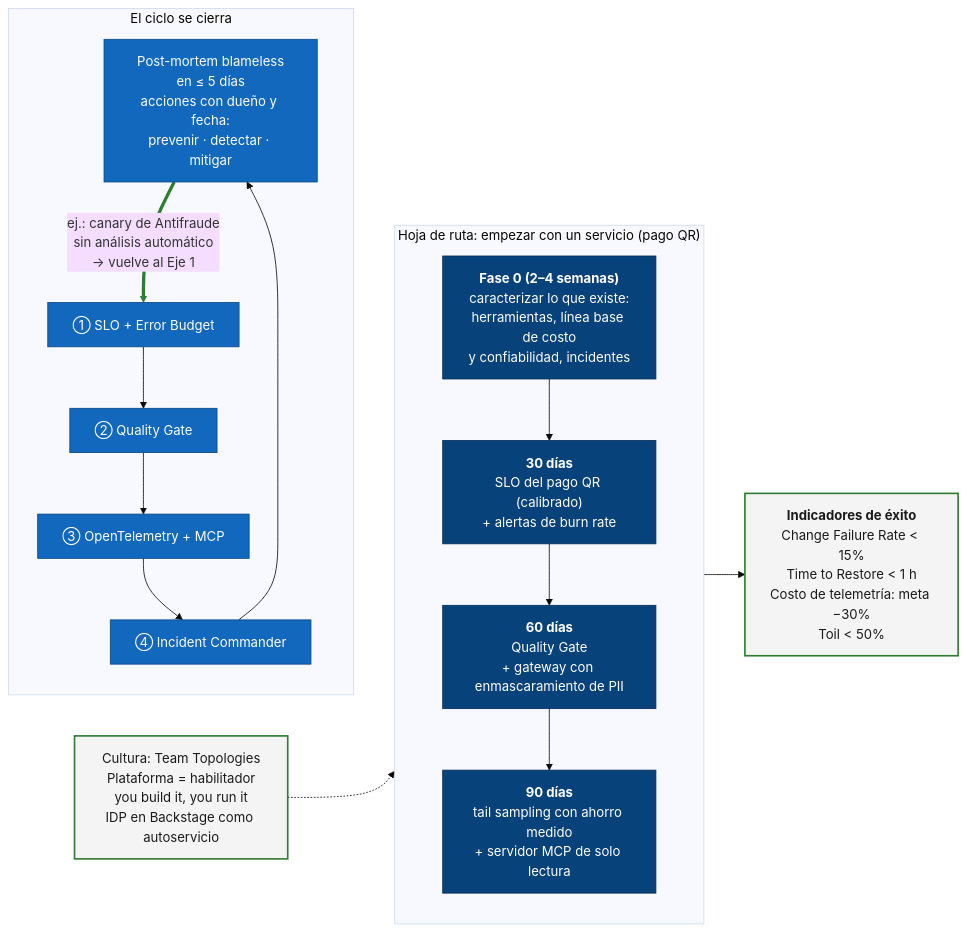
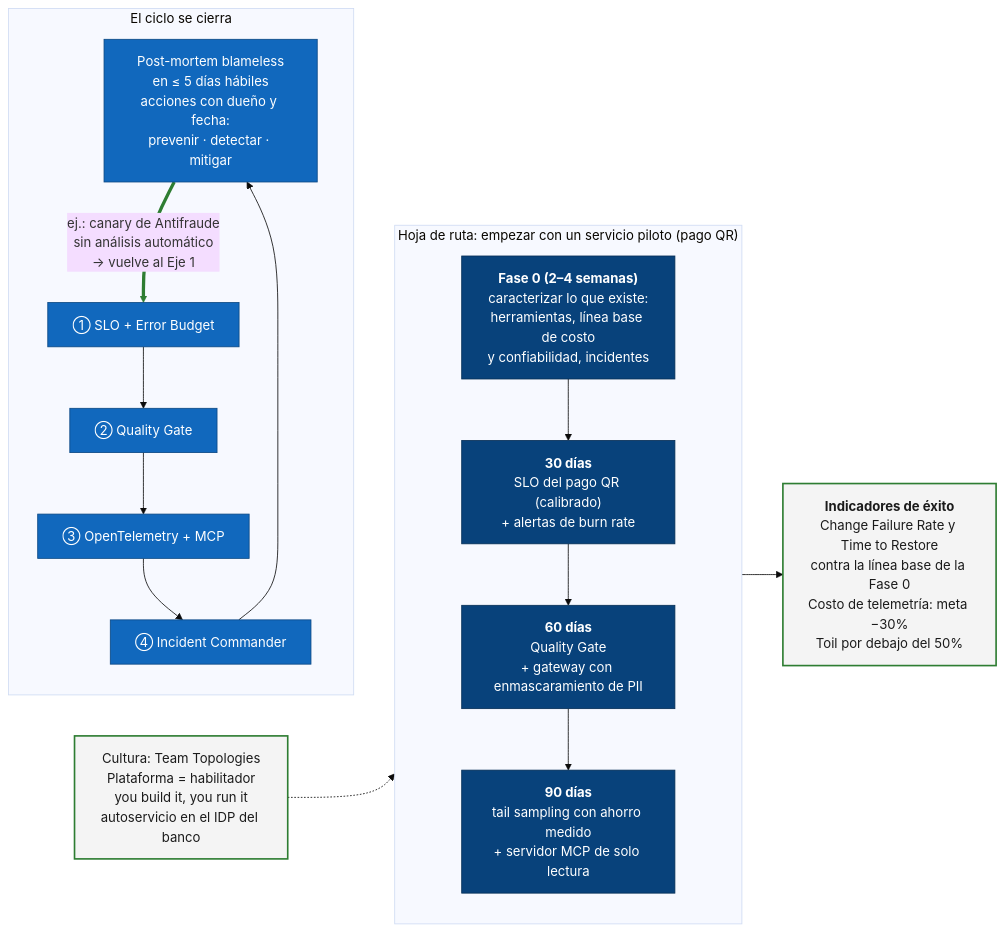
Diagram 12 of 12 in devops-senior/temas/25-davivienda-sre-observabilidad/presentacion-libreto.md (locosebas/necesidadesYGrafos), drawn with Mermaid (base theme) before and after one commit. The commit also changed other lines of this file, not shown here.

Commit message:
Reescribir el libreto (versión 2) con las decisiones revisadas del análisis de alternativas

````diff
--- a/devops-senior/temas/25-davivienda-sre-observabilidad/presentacion-libreto.md
+++ b/devops-senior/temas/25-davivienda-sre-observabilidad/presentacion-libreto.md
@@ -799,38 +856,38 @@
 ```mermaid
 flowchart LR
     subgraph ciclo["El ciclo se cierra"]
         direction TB
-        pm["Post-mortem blameless<br/>en ≤ 5 días<br/>acciones con dueño y fecha:<br/>prevenir · detectar · mitigar"]
+        pm["Post-mortem blameless<br/>en ≤ 5 días hábiles<br/>acciones con dueño y fecha:<br/>prevenir · detectar · mitigar"]
         slo["① SLO + Error Budget"]
         gate["② Quality Gate"]
         otel["③ OpenTelemetry + MCP"]
         ic["④ Incident Commander"]
         slo --> gate --> otel --> ic --> pm
         pm == "ej.: canary de Antifraude<br/>sin análisis automático<br/>→ vuelve al Eje 1" ==> slo
     end
 
-    subgraph ruta["Hoja de ruta: empezar con un servicio (pago QR)"]
+    subgraph ruta["Hoja de ruta: empezar con un servicio piloto (pago QR)"]
         direction TB
         d0["<b>Fase 0 (2–4 semanas)</b><br/>caracterizar lo que existe:<br/>herramientas, línea base de costo<br/>y confiabilidad, incidentes"]
         d30["<b>30 días</b><br/>SLO del pago QR (calibrado)<br/>+ alertas de burn rate"]
         d60["<b>60 días</b><br/>Quality Gate<br/>+ gateway con enmascaramiento de PII"]
         d90["<b>90 días</b><br/>tail sampling con ahorro medido<br/>+ servidor MCP de solo lectura"]
         d0 --> d30 --> d60 --> d90
     end
 
-    kpi["<b>Indicadores de éxito</b><br/>Change Failure Rate < 15%<br/>Time to Restore < 1 h<br/>Costo de telemetría: meta −30%<br/>Toil < 50%"]
+    kpi["<b>Indicadores de éxito</b><br/>Change Failure Rate y Time to Restore<br/>contra la línea base de la Fase 0<br/>Costo de telemetría: meta −30%<br/>Toil por debajo del 50%"]
 
-    cultura["Cultura: Team Topologies<br/>Plataforma = habilitador<br/>you build it, you run it<br/>IDP en Backstage como autoservicio"]
+    cultura["Cultura: Team Topologies<br/>Plataforma = habilitador<br/>you build it, you run it<br/>autoservicio en el IDP del banco"]
 
     ciclo ~~~ ruta
     d90 --> kpi
     cultura -.-> ruta
 
     classDef eje fill:#1168bd,stroke:#0b4884,color:#ffffff
     classDef hito fill:#08427b,stroke:#052e56,color:#ffffff
     classDef meta fill:#f4f4f4,stroke:#2e7d32,color:#1b1b1b,stroke-width:2px
     class slo,gate,otel,ic,pm eje
     class d0,d30,d60,d90 hito
     class kpi,cultura meta
     linkStyle 4 stroke:#2e7d32,stroke-width:4px
 ```
````
